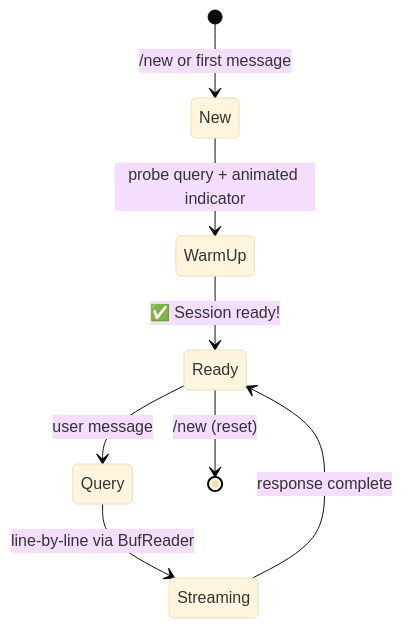
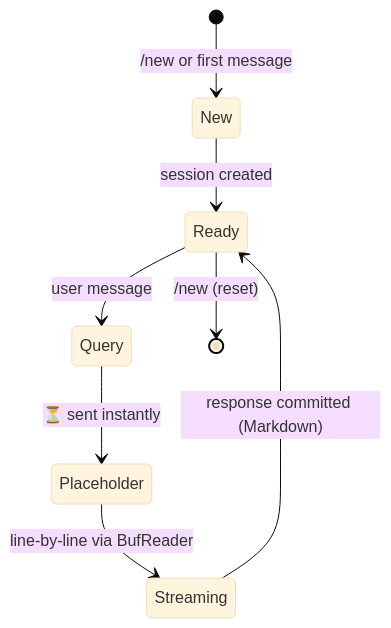
Before and after one commit to sleep3r/toodles: the diagram in README.md, drawn with Mermaid (base theme). The commit also changed other lines of this file, not shown here.

````diff
--- a/README.md
+++ b/README.md
@@ -174,10 +177,10 @@
 ```mermaid
 stateDiagram-v2
     [*] --> New: /new or first message
-    New --> WarmUp: probe query + animated indicator
-    WarmUp --> Ready: ✅ Session ready!
+    New --> Ready: session created
     Ready --> Query: user message
-    Query --> Streaming: line-by-line via BufReader
-    Streaming --> Ready: response complete
+    Query --> Placeholder: ⏳ sent instantly
+    Placeholder --> Streaming: line-by-line via BufReader
+    Streaming --> Ready: response committed (Markdown)
     Ready --> [*]: /new (reset)
 ```
````
